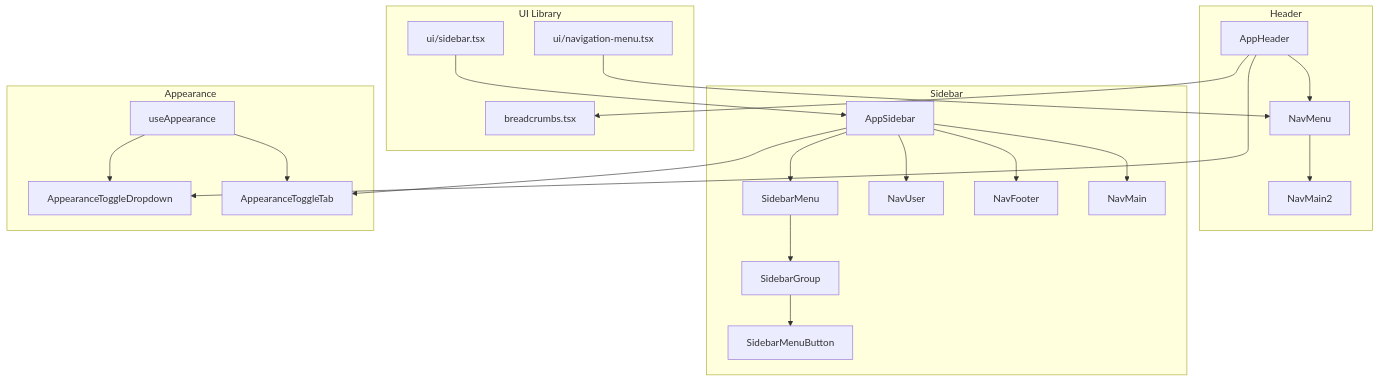
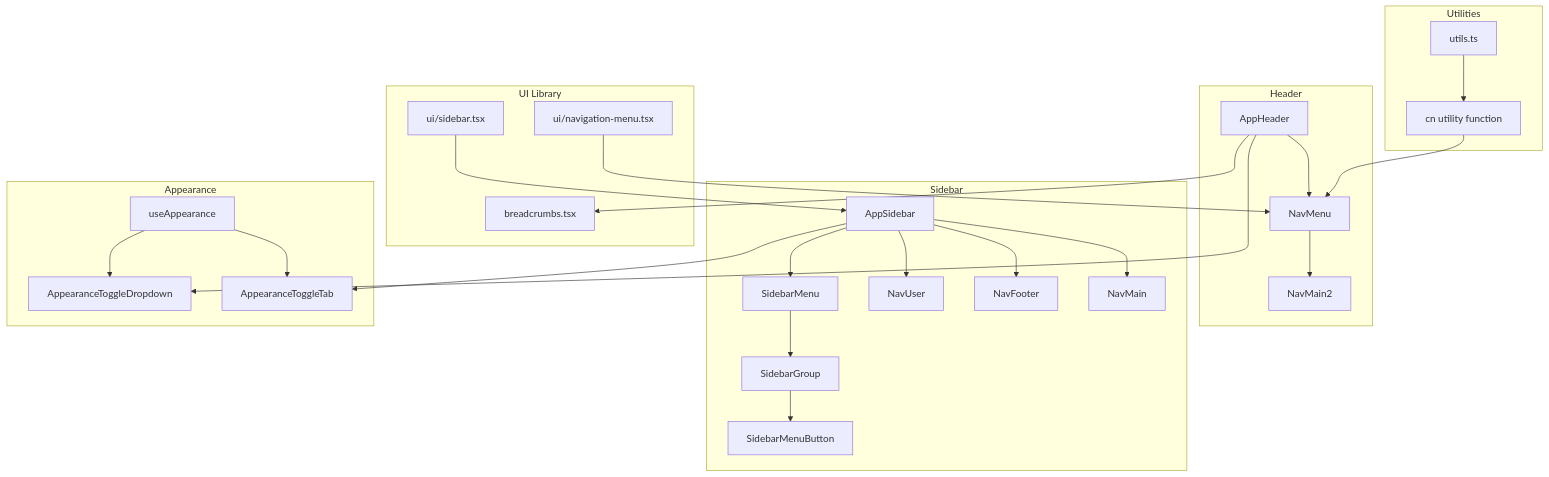
The first of 12 diagrams in .qoder/repowiki/en/content/Frontend Components & UI/Navigation Components.md (vincet0t15/template), drawn with Mermaid before and after one commit. The commit also changed other lines of this file and 8 other files, not shown here.

````diff
--- a/.qoder/repowiki/en/content/Frontend Components & UI/Navigation Components.md
+++ b/.qoder/repowiki/en/content/Frontend Components & UI/Navigation Components.md
@@ -65,42 +67,48 @@
 ```mermaid
 graph TB
 subgraph "Header"
 AH["AppHeader"]
 NM["NavMenu"]
 NM2["NavMain2"]
 end
 subgraph "Sidebar"
 AS["AppSidebar"]
 SM["SidebarMenu"]
 SGB["SidebarGroup"]
 SMB["SidebarMenuButton"]
 NU["NavUser"]
 NF["NavFooter"]
 NM3["NavMain"]
 end
 subgraph "UI Library"
 UI_NM["ui/navigation-menu.tsx"]
 UI_SB["ui/sidebar.tsx"]
 BC["breadcrumbs.tsx"]
 end
 subgraph "Appearance"
 AD["AppearanceToggleDropdown"]
 AT["AppearanceToggleTab"]
 UA["useAppearance"]
 end
+subgraph "Utilities"
+CN["cn utility function"]
+UTILS["utils.ts"]
+end
 AH --> NM
 NM --> NM2
 AS --> SM
 SM --> SGB
 SGB --> SMB
 AS --> NU
 AS --> NF
 AS --> NM3
 AH --> BC
 AH --> AD
 AS --> AT
 UI_NM --> NM
 UI_SB --> AS
 UA --> AD
 UA --> AT
+CN --> NM
+UTILS --> CN
 ```
````
